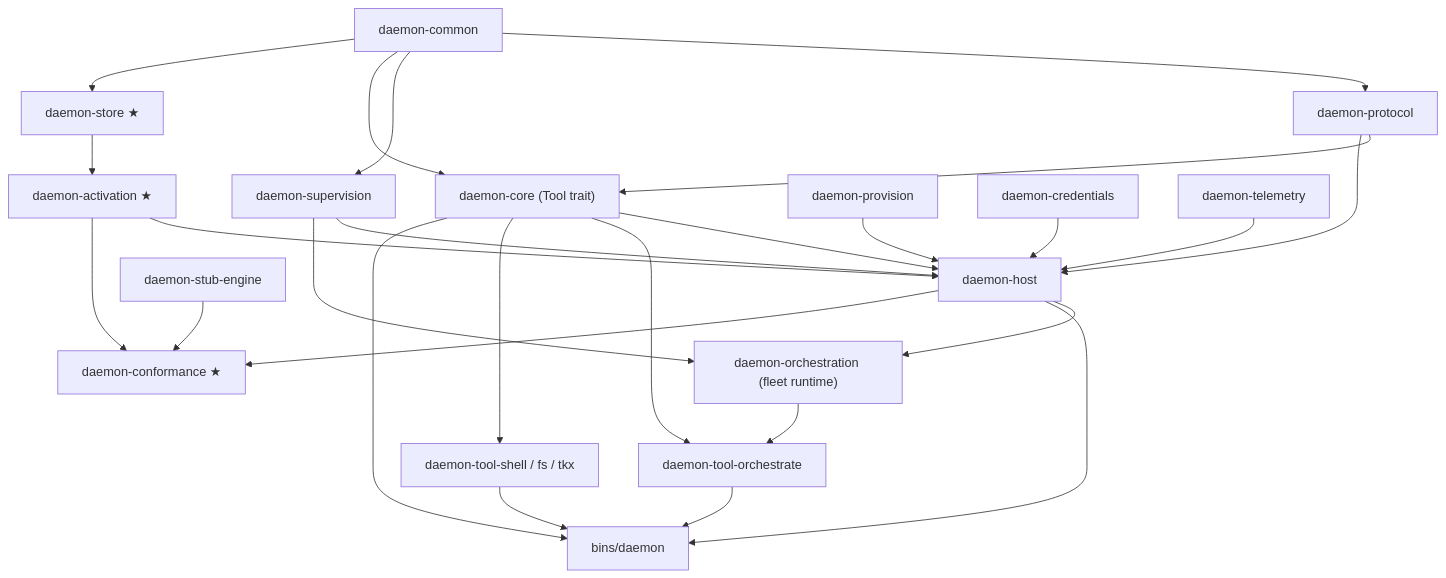
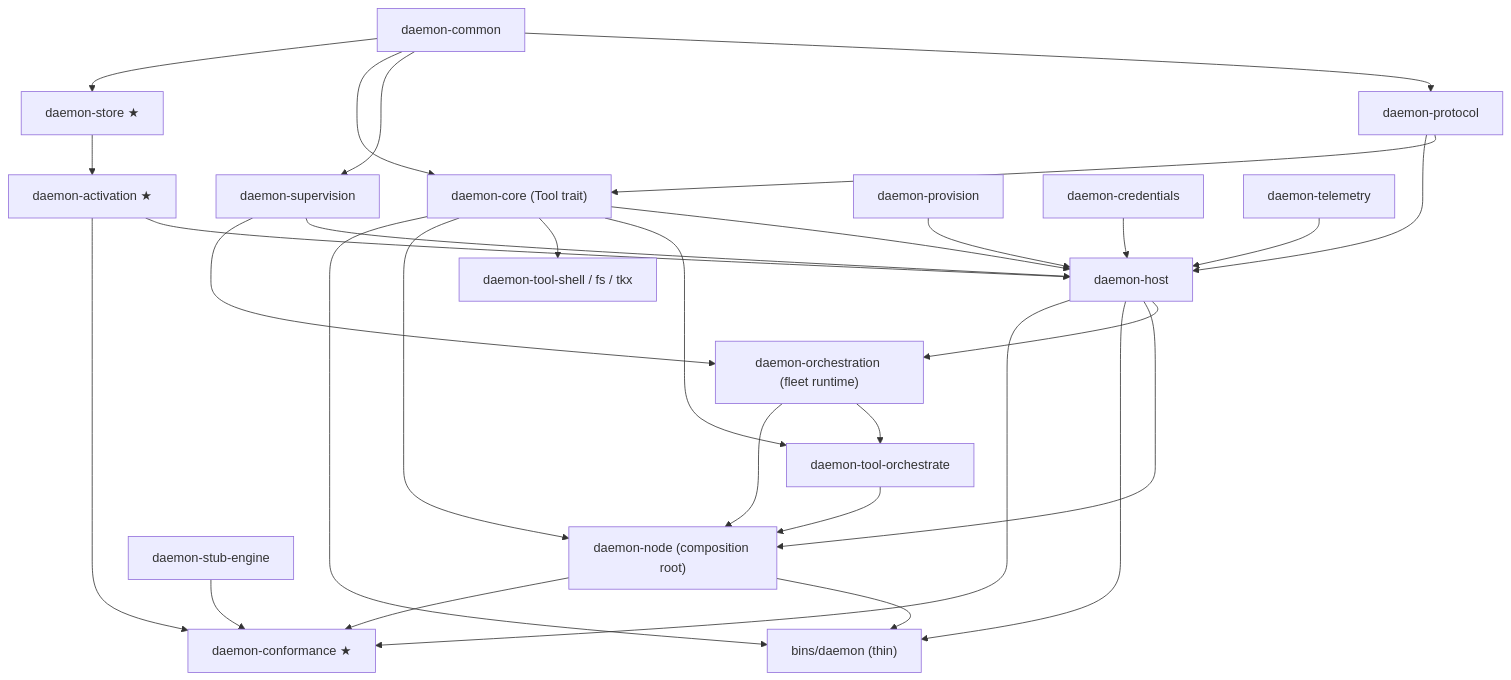
Before and after one commit to daemon-ai/daemon-node: the first of 2 diagrams in docs/daemon-workspace-layout.md, drawn with Mermaid. The commit also changed other lines of this file and 15 other files, not shown here.

Commit message:
daemon-node

````diff
--- a/docs/daemon-workspace-layout.md
+++ b/docs/daemon-workspace-layout.md
@@ -140,39 +146,44 @@
 ```mermaid
 flowchart TB
   common["daemon-common"]
   proto["daemon-protocol"]
   sup["daemon-supervision"]
   core["daemon-core (Tool trait)"]
   store["daemon-store ★"]
   act["daemon-activation ★"]
   prov["daemon-provision"]
   cred["daemon-credentials"]
   tel["daemon-telemetry"]
   host["daemon-host"]
   orch["daemon-orchestration (fleet runtime)"]
   torch["daemon-tool-orchestrate"]
   tstd["daemon-tool-shell / fs / tkx"]
-  bin["bins/daemon"]
+  node["daemon-node (composition root)"]
+  bin["bins/daemon (thin)"]
   stub["daemon-stub-engine"]
   conf["daemon-conformance ★"]
 
   common --> proto & sup & core & store
   proto --> core & host
   store --> act
   act --> host
   sup --> host & orch
   core --> host
   prov --> host
   cred --> host
   tel --> host
   host --> orch
   orch --> torch
   core --> torch & tstd
+  host --> node
+  orch --> node
+  torch --> node
+  core --> node
+  node --> bin
   core --> bin
   host --> bin
-  torch --> bin
-  tstd --> bin
+  node --> conf
   stub --> conf
   act --> conf
   host --> conf
 ```
````
